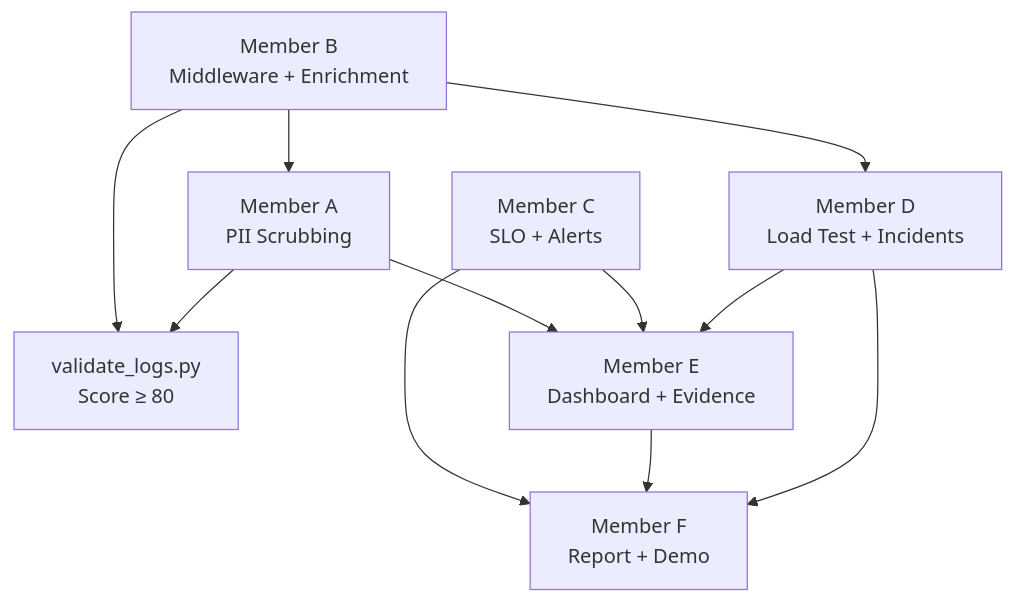
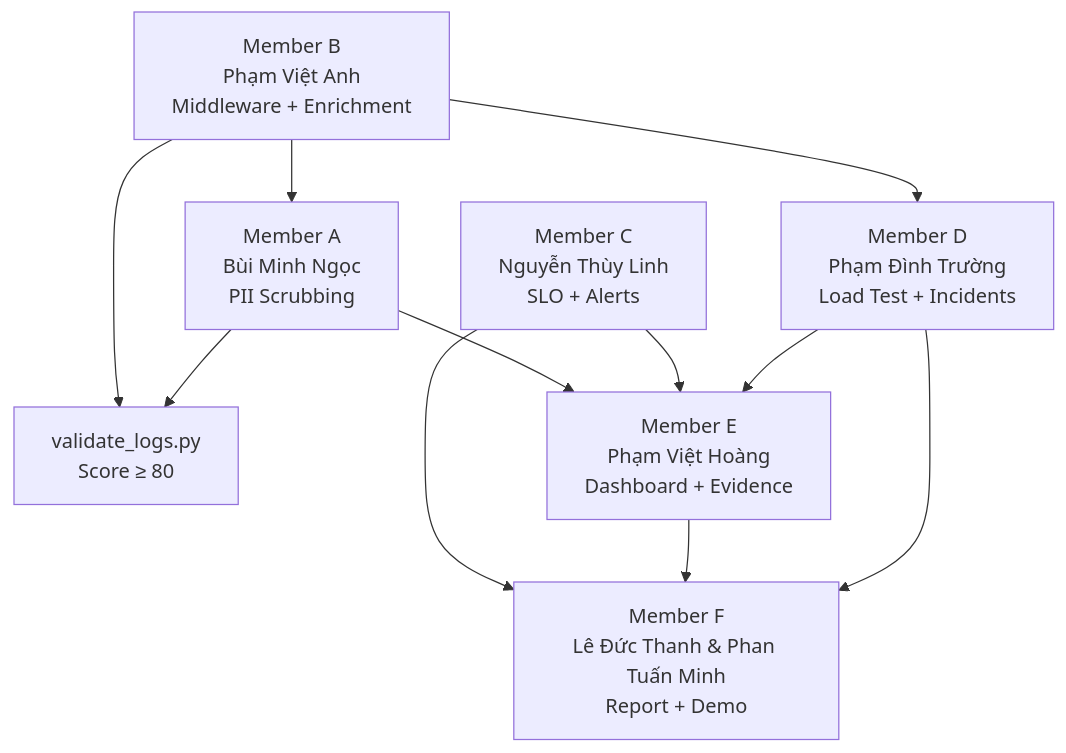
The diagram in task.md (AI20K-C401-C2/Team-C2-lab13), drawn with Mermaid before and after one commit. The commit also changed other lines of this file and 7 other files, not shown here.

````diff
--- a/task.md
+++ b/task.md
@@ -237,13 +248,13 @@
 ```mermaid
 flowchart TD
-    B["Member B<br/>Middleware + Enrichment"] --> A["Member A<br/>PII Scrubbing"]
+    B["Member B<br/>Phạm Việt Anh<br/>Middleware + Enrichment"] --> A["Member A<br/>Bùi Minh Ngọc<br/>PII Scrubbing"]
     A --> V["validate_logs.py<br/>Score ≥ 80"]
     B --> V
-    B --> D["Member D<br/>Load Test + Incidents"]
-    D --> E["Member E<br/>Dashboard + Evidence"]
-    C["Member C<br/>SLO + Alerts"] --> E
+    B --> D["Member D<br/>Phạm Đình Trường<br/>Load Test + Incidents"]
+    D --> E["Member E<br/>Phạm Việt Hoàng<br/>Dashboard + Evidence"]
+    C["Member C<br/>Nguyễn Thùy Linh<br/>SLO + Alerts"] --> E
     A --> E
-    D --> F["Member F<br/>Report + Demo"]
+    D --> F["Member F<br/>Lê Đức Thanh & Phan Tuấn Minh<br/>Report + Demo"]
     E --> F
     C --> F
 ```
````
